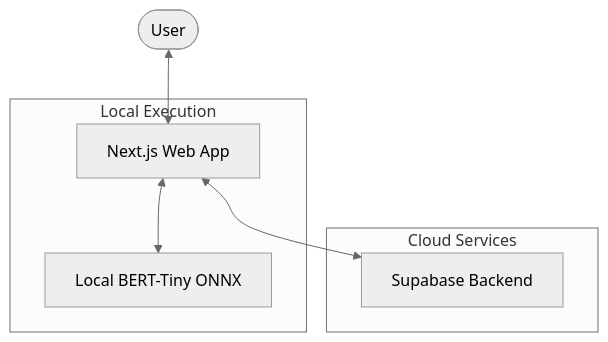
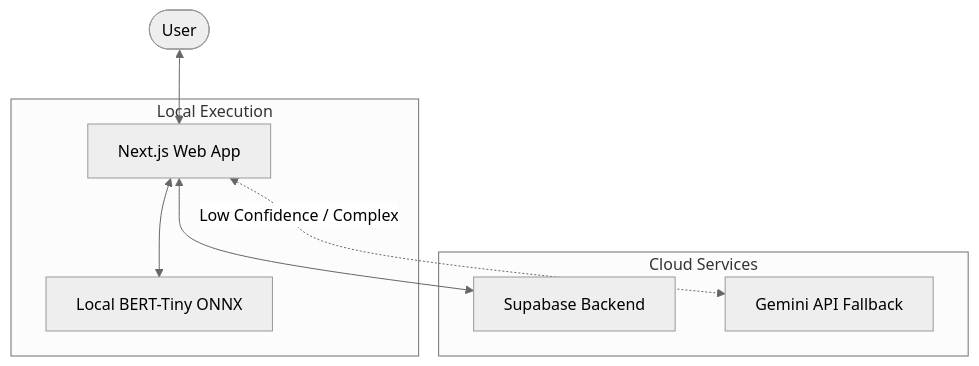
Before and after one commit to sdinukad/sage: the diagram in docs/architecture.md, drawn with Mermaid (neutral theme). The commit also changed other lines of this file and 9 other files, not shown here.

Commit message:
feat(ai): implement Gemini fallback and custom ai categories

````diff
--- a/docs/architecture.md
+++ b/docs/architecture.md
@@ -9,20 +9,23 @@
 ```mermaid
 graph TD
     User([User])
     Web[Next.js Web App]
     LocalAI[Local BERT-Tiny ONNX]
     Supabase[Supabase Backend]
+    Gemini[Gemini API Fallback]
     
     User <--> Web
     Web <--> LocalAI
+    Web <.->|Low Confidence / Complex| Gemini
     Web <--> Supabase
     
     subgraph "Local Execution"
         Web
         LocalAI
     end
     
     subgraph "Cloud Services"
         Supabase
+        Gemini
     end
 ```
````
